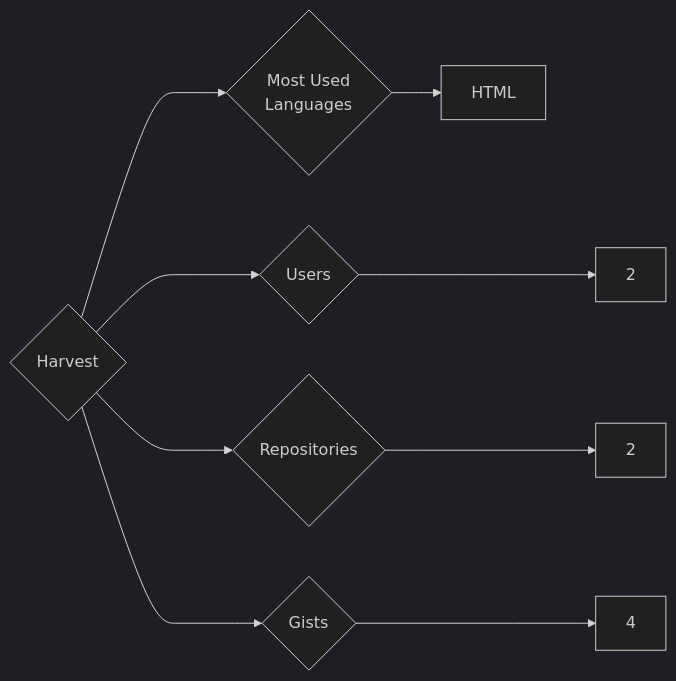
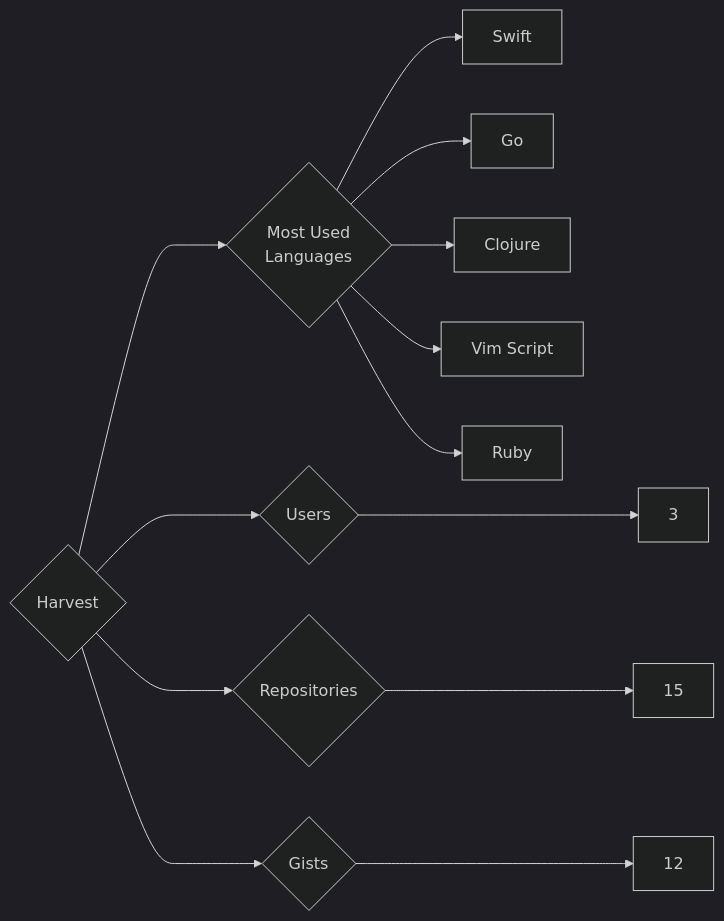
The diagram in targets/Harvest/README.md (trickest/insiders), drawn with Mermaid (dark theme) before and after one commit. The commit also changed 865 other files, not shown here.

````diff
--- a/targets/Harvest/README.md
+++ b/targets/Harvest/README.md
@@ -3,9 +3,13 @@
 ```mermaid
 graph LR
 COMPANY_NAME{Harvest}
-COMPANY_NAME ---> U{Users} ---> UN[2]
-COMPANY_NAME ---> R{Repositories} ---> RN[2]
-COMPANY_NAME ---> G{Gists} ---> GN[4]
+COMPANY_NAME ---> U{Users} ---> UN[3]
+COMPANY_NAME ---> R{Repositories} ---> RN[15]
+COMPANY_NAME ---> G{Gists} ---> GN[12]
 COMPANY_NAME ---> ML{Most Used<br>Languages}
-ML --> HTML[HTML]
+ML --> Swift[Swift]
+ML --> Go[Go]
+ML --> Clojure[Clojure]
+ML --> Vim_Script[Vim Script]
+ML --> Ruby[Ruby]
 ```
````
